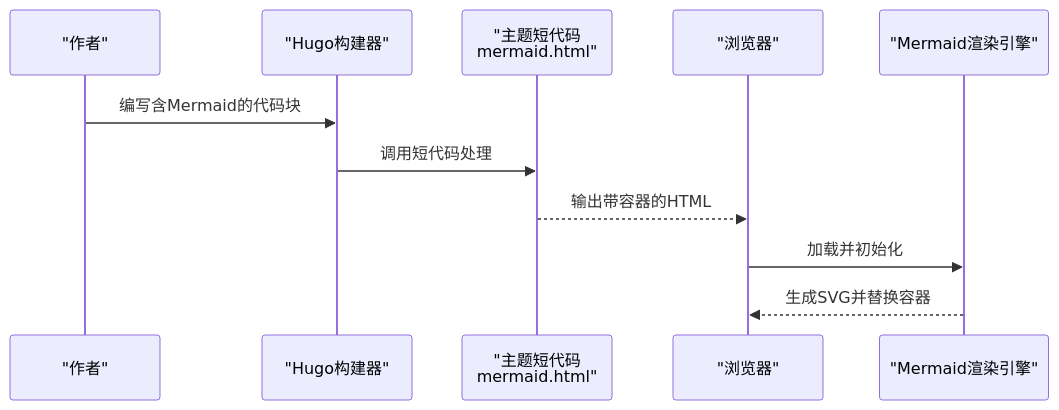
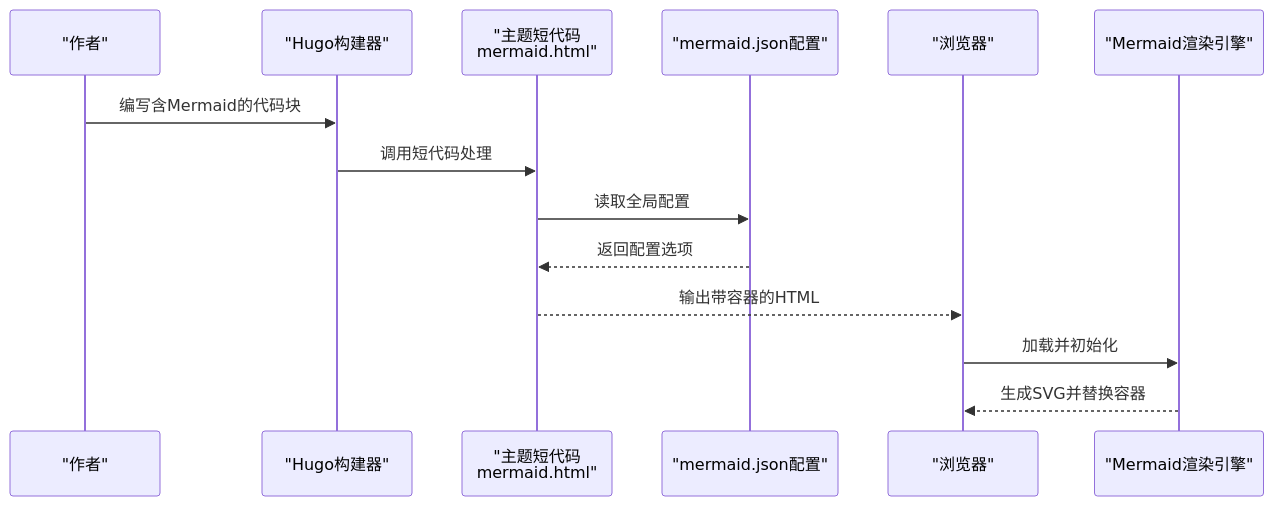
One commit to nianjiang/nianjiang.github.io changed the second of 3 diagrams in .qoder/repowiki/zh/content/内容创作指南/多媒体元素集成/Mermaid图表绘制/Mermaid图表绘制.md. Above: the diagram before and after it, drawn with Mermaid. The commit also changed other lines of this file and 176 other files, not shown here.

````diff
--- a/.qoder/repowiki/zh/content/内容创作指南/多媒体元素集成/Mermaid图表绘制/Mermaid图表绘制.md
+++ b/.qoder/repowiki/zh/content/内容创作指南/多媒体元素集成/Mermaid图表绘制/Mermaid图表绘制.md
@@ -77,13 +96,16 @@
 ```mermaid
 sequenceDiagram
 participant Author as "作者"
 participant Hugo as "Hugo构建器"
 participant Theme as "主题短代码<br/>mermaid.html"
+participant Config as "mermaid.json配置"
 participant Browser as "浏览器"
 participant Mermaid as "Mermaid渲染引擎"
 Author->>Hugo : 编写含Mermaid的代码块
 Hugo->>Theme : 调用短代码处理
+Theme->>Config : 读取全局配置
+Config-->>Theme : 返回配置选项
 Theme-->>Browser : 输出带容器的HTML
 Browser->>Mermaid : 加载并初始化
 Mermaid-->>Browser : 生成SVG并替换容器
 ```
````
